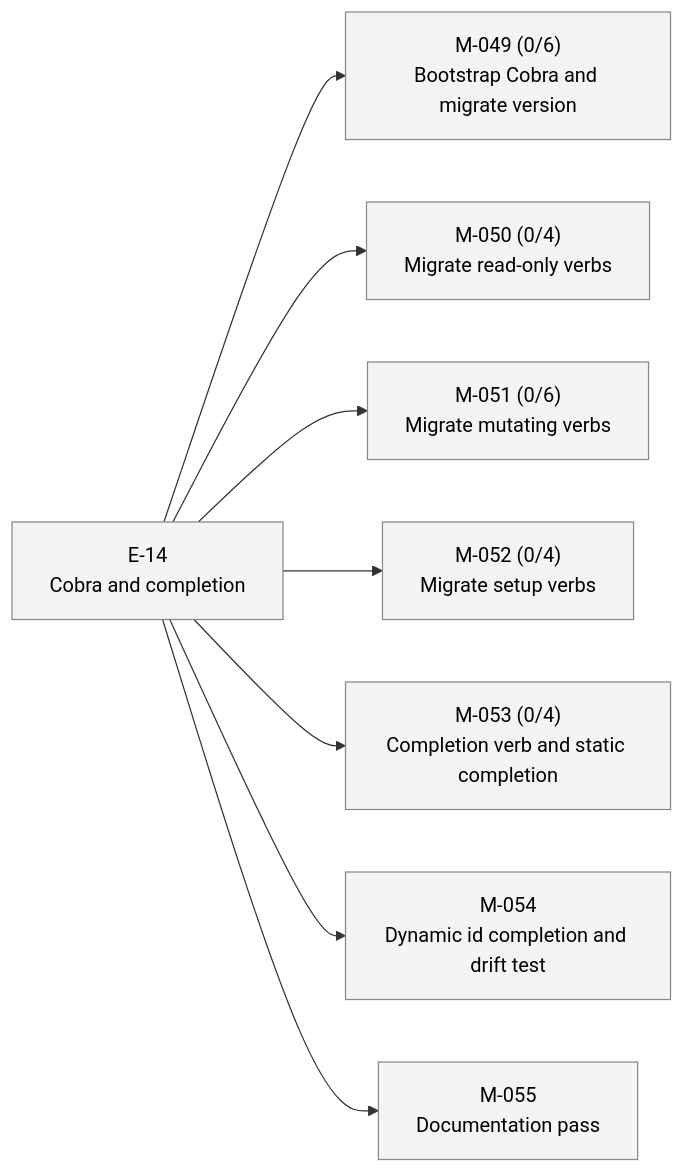
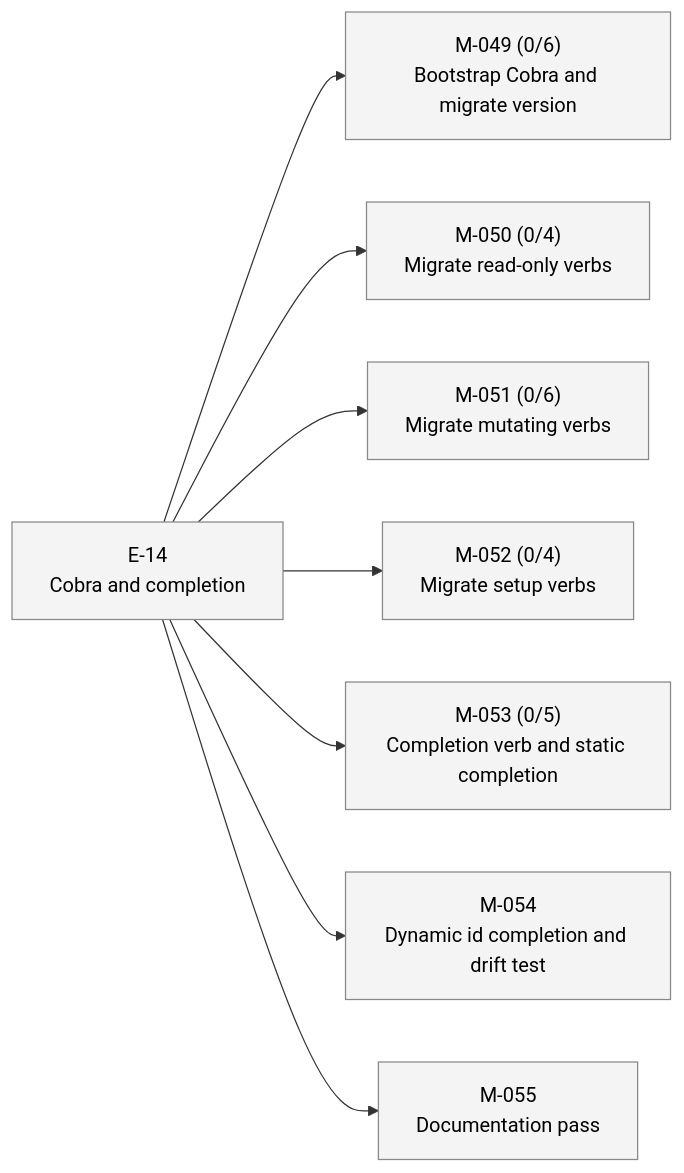
The second of 2 diagrams in STATUS.md (23min/aiwf), drawn with Mermaid before and after one commit. The commit also changed other lines of this file and 1 other file, not shown here.

First line of the commit message:
aiwf add ac M-053/AC-5 "README has install one-liner: source <(aiwf completion zsh)"

````diff
--- a/STATUS.md
+++ b/STATUS.md
@@ -38,24 +38,24 @@
 ```mermaid
 flowchart LR
   E_14["E-14<br/>Cobra and completion"]:::epic_proposed
   M_049["M-049 (0/6)<br/>Bootstrap Cobra and migrate version"]:::ms_draft
   E_14 --> M_049
   M_050["M-050 (0/4)<br/>Migrate read-only verbs"]:::ms_draft
   E_14 --> M_050
   M_051["M-051 (0/6)<br/>Migrate mutating verbs"]:::ms_draft
   E_14 --> M_051
   M_052["M-052 (0/4)<br/>Migrate setup verbs"]:::ms_draft
   E_14 --> M_052
-  M_053["M-053 (0/4)<br/>Completion verb and static completion"]:::ms_draft
+  M_053["M-053 (0/5)<br/>Completion verb and static completion"]:::ms_draft
   E_14 --> M_053
   M_054["M-054<br/>Dynamic id completion and drift test"]:::ms_draft
   E_14 --> M_054
   M_055["M-055<br/>Documentation pass"]:::ms_draft
   E_14 --> M_055
   classDef epic_active fill:#d6eaff,stroke:#1a73e8,color:#000
   classDef epic_proposed fill:#f4f4f4,stroke:#888,color:#000
   classDef ms_done fill:#d8f5d8,stroke:#2a8a2a,color:#000
   classDef ms_in_progress fill:#fff3c4,stroke:#caa400,color:#000
   classDef ms_draft fill:#f4f4f4,stroke:#888,color:#000
   classDef ms_cancelled fill:#fbeaea,stroke:#c33,color:#000
 ```
````
